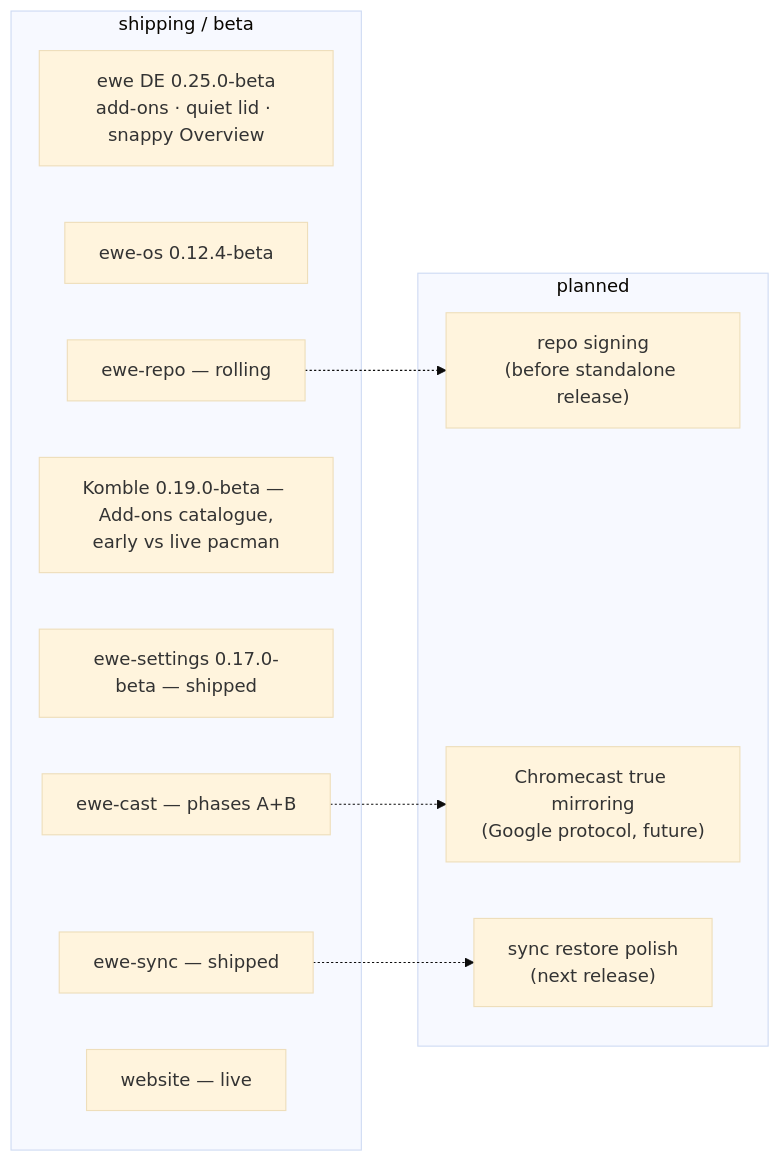
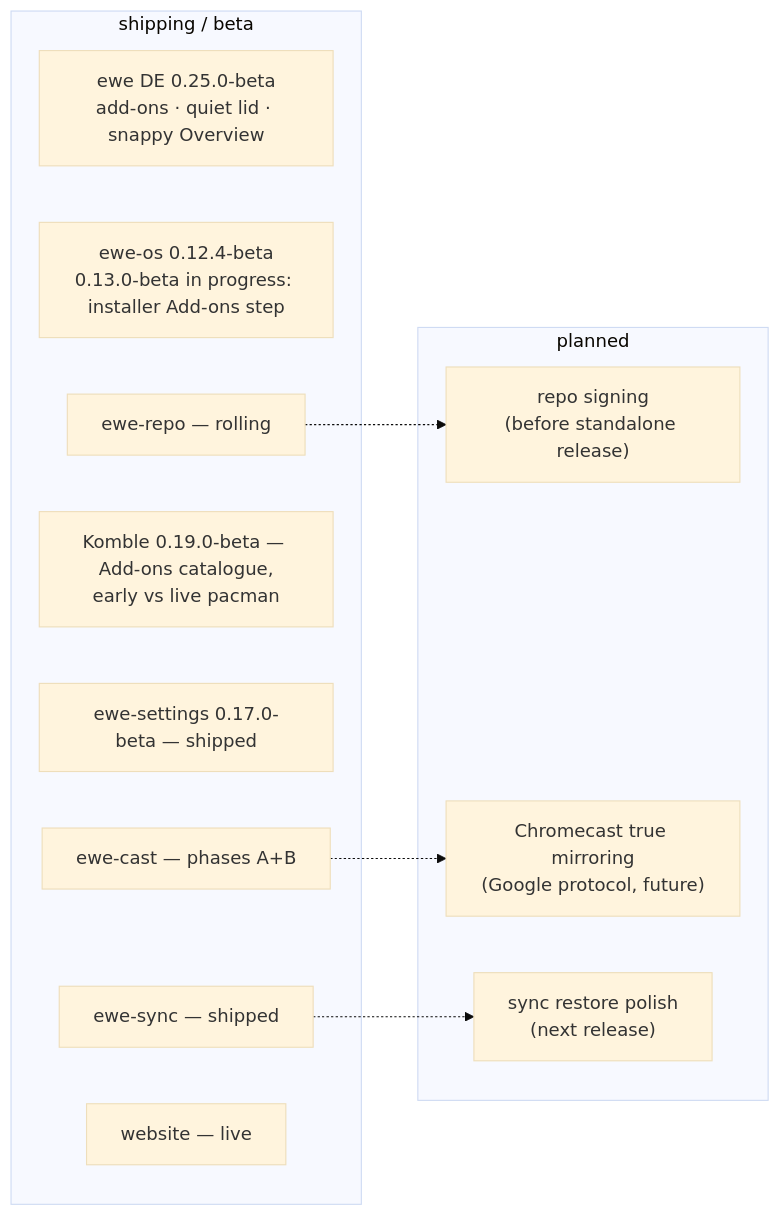
Before and after one commit to prj786/ewe-map: the diagram in 01-Overview/Roadmap and Status.md, drawn with Mermaid (base theme). The commit also changed other lines of this file and 6 other files, not shown here.

Commit message:
vault: ewe-os 0.13.0-beta in progress — installer Add-ons step, live dock

````diff
--- a/01-Overview/Roadmap and Status.md
+++ b/01-Overview/Roadmap and Status.md
@@ -48,21 +51,21 @@
 ```mermaid
 flowchart LR
     subgraph shipping["shipping / beta"]
         EWE["ewe DE 0.25.0-beta<br/>add-ons · quiet lid · snappy Overview"]
-        OS["ewe-os 0.12.4-beta"]
+        OS["ewe-os 0.12.4-beta<br/>0.13.0-beta in progress: installer Add-ons step"]
         REPO["ewe-repo — rolling"]
         K["Komble 0.19.0-beta — Add-ons catalogue,<br/>early vs live pacman"]
         S["ewe-settings 0.17.0-beta — shipped"]
         SY["ewe-sync — shipped"]
         CAST["ewe-cast — phases A+B"]
         WEB["website — live"]
     end
     subgraph planned["planned"]
         SIGN["repo signing<br/>(before standalone release)"]
         MIRROR["Chromecast true mirroring<br/>(Google protocol, future)"]
         REST["sync restore polish<br/>(next release)"]
     end
     REPO -.-> SIGN
     CAST -.-> MIRROR
     SY -.-> REST
 ```
````
